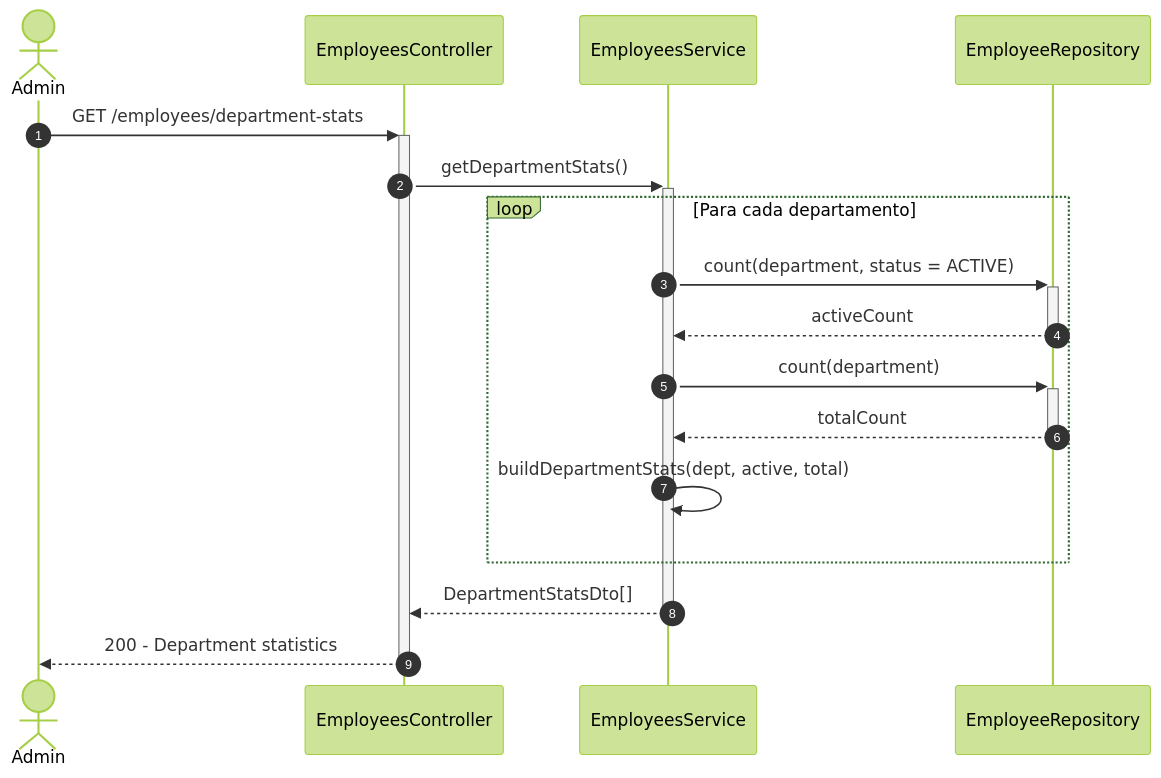
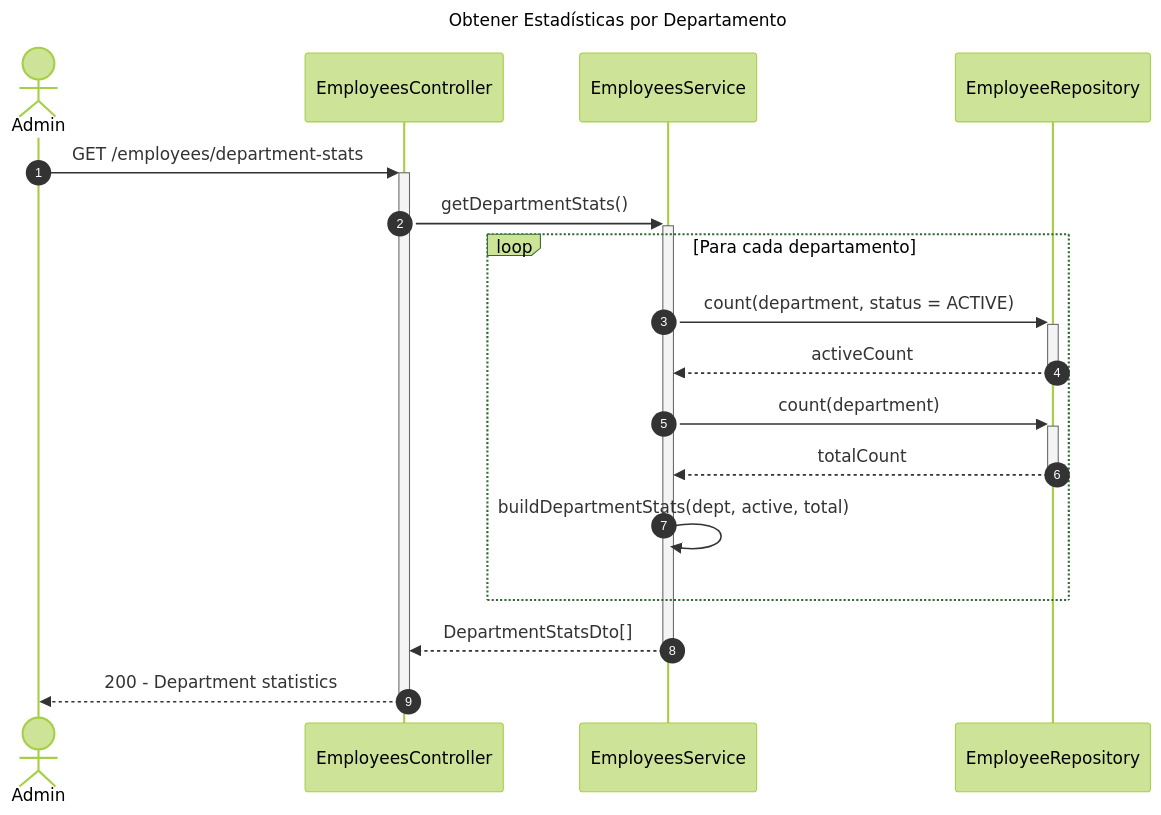
One commit to Nick220505/hotelier-backend changed the fourth of 7 diagrams in diagrams/sequence/employees-sequence-diagram.md. Above: the diagram before and after it, drawn with Mermaid (forest theme). The commit also changed other lines of this file and 5 other files, not shown here.

Commit message:
Add titles to sequence diagrams for Billing, Employees, Inventory, Reservations, Restaurant, and Users modules

````diff
--- a/diagrams/sequence/employees-sequence-diagram.md
+++ b/diagrams/sequence/employees-sequence-diagram.md
@@ -89,24 +98,27 @@
 ```mermaid
+---
+title: Obtener Estadísticas por Departamento
+---
 sequenceDiagram
     autonumber
     actor Admin
     participant Controller as EmployeesController
     participant Service as EmployeesService
     participant EmployeeRepo as EmployeeRepository
 
     Admin->>+Controller: GET /employees/department-stats
     Controller->>+Service: getDepartmentStats()
     
     loop Para cada departamento
         Service->>+EmployeeRepo: count(department, status = ACTIVE)
         EmployeeRepo-->>-Service: activeCount
         
         Service->>+EmployeeRepo: count(department)
         EmployeeRepo-->>-Service: totalCount
         
         Service->>Service: buildDepartmentStats(dept, active, total)
     end
     
     Service-->>-Controller: DepartmentStatsDto[]
     Controller-->>-Admin: 200 - Department statistics
 ```
````
